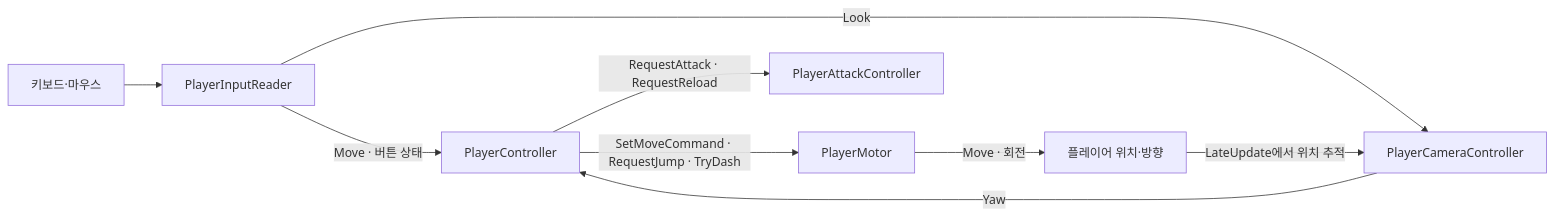
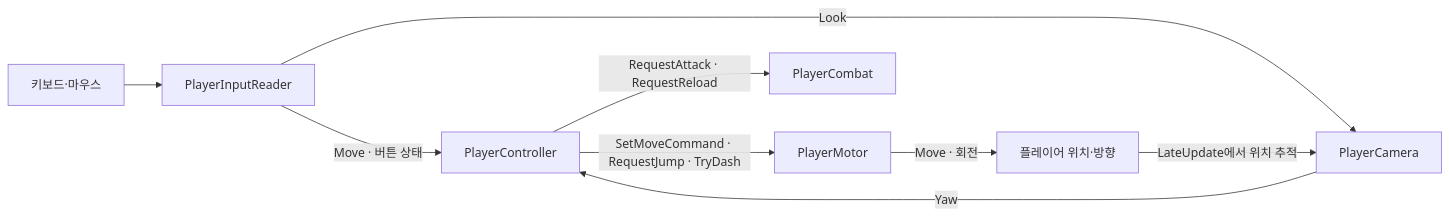
One commit to Sand-House/ProjectU changed the diagram in 플레이어 조작 가이드.md. Above: the diagram before and after it, drawn with Mermaid. The commit also changed other lines of this file and 19 other files, not shown here.

````diff
--- a/플레이어 조작 가이드.md
+++ b/플레이어 조작 가이드.md
@@ -101,11 +101,11 @@
 ```mermaid
 flowchart LR
     Device[키보드·마우스] --> Reader[PlayerInputReader]
     Reader -->|Move · 버튼 상태| Controller[PlayerController]
-    Reader -->|Look| Camera[PlayerCameraController]
+    Reader -->|Look| Camera[PlayerCamera]
     Camera -->|Yaw| Controller
     Controller -->|SetMoveCommand · RequestJump · TryDash| Motor[PlayerMotor]
-    Controller -->|RequestAttack · RequestReload| Attacks[PlayerAttackController]
+    Controller -->|RequestAttack · RequestReload| Attacks[PlayerCombat]
     Motor -->|Move · 회전| Player[플레이어 위치·방향]
     Player -->|LateUpdate에서 위치 추적| Camera
 ```
````
